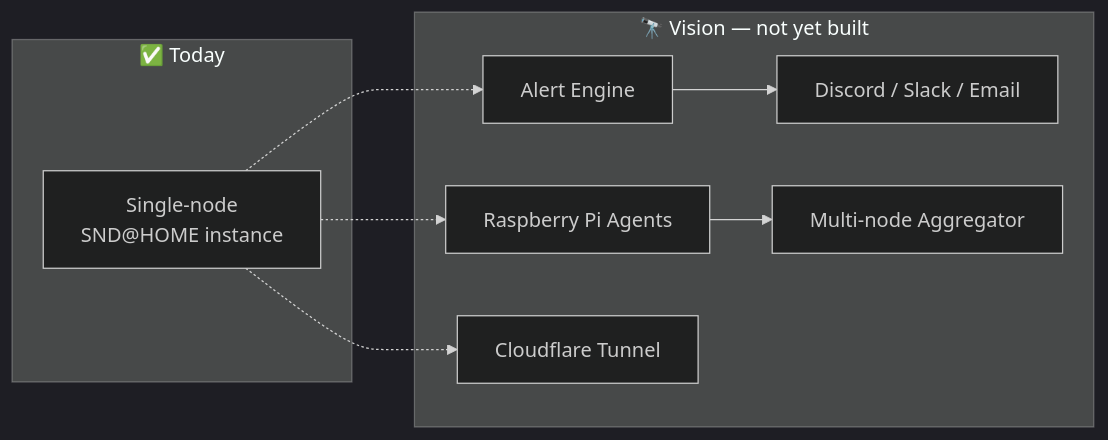
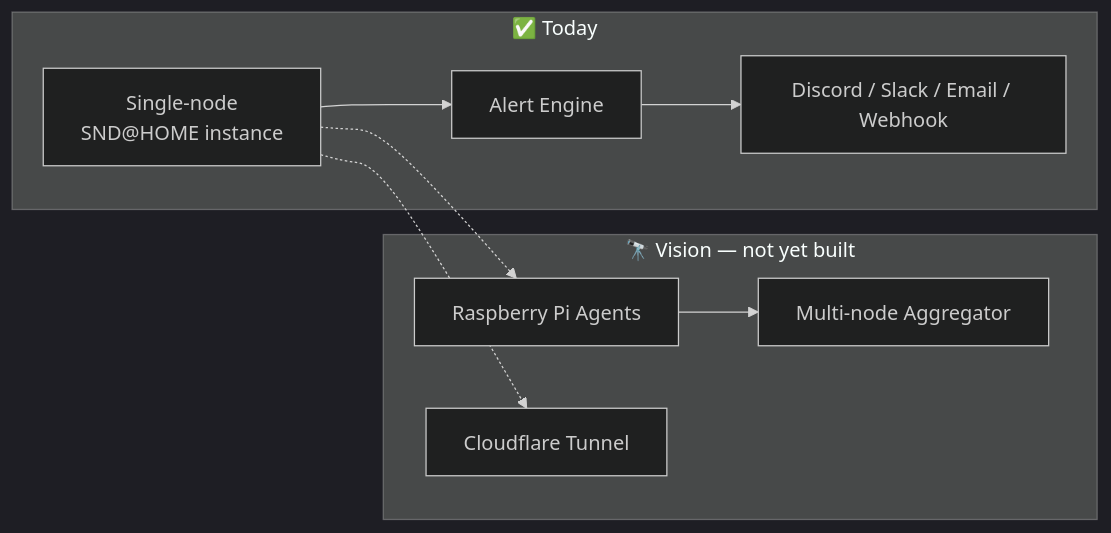
One commit to noobdna/SND_HOME changed the second of 2 diagrams in README.md. Above: the diagram before and after it, drawn with Mermaid (dark theme). The commit also changed other lines of this file and 5 other files, not shown here.

````diff
--- a/README.md
+++ b/README.md
@@ -112,18 +138,18 @@
 ```mermaid
 graph LR
     subgraph Today["✅ Today"]
         A["Single-node<br/>SND@HOME instance"]
+        B["Alert Engine"]
+        C["Discord / Slack / Email / Webhook"]
     end
 
     subgraph Vision["🔭 Vision — not yet built"]
-        B["Alert Engine"]
-        C["Discord / Slack / Email"]
         D["Raspberry Pi Agents"]
         E["Multi-node Aggregator"]
         F["Cloudflare Tunnel"]
     end
 
-    A -.-> B --> C
+    A --> B --> C
     A -.-> D --> E
     A -.-> F
 ```
````
